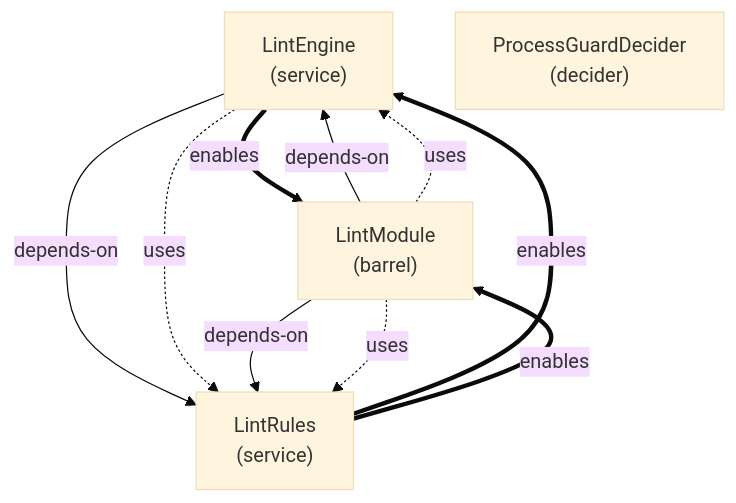
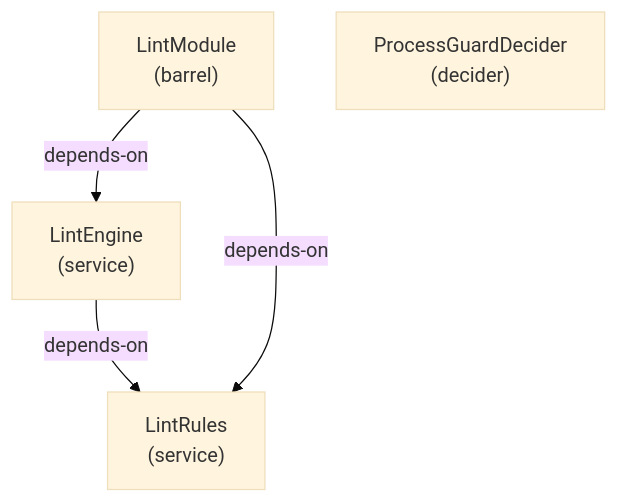
Diagram 12 of 23 in docs-live/ARCHITECTURE.md (libar-dev/architect), drawn with Mermaid (base theme) before and after one commit. The commit also changed other lines of this file and 4 other files, not shown here.

First line of the commit message:
WS-3 Session 16 (D-19): forward-only per-group architecture detail diagrams

````diff
--- a/docs-live/ARCHITECTURE.md
+++ b/docs-live/ARCHITECTURE.md
@@ -250,16 +212,10 @@
 ```mermaid
 graph TD
   lintengine["LintEngine<br/>(service)"]
   lintmodule["LintModule<br/>(barrel)"]
   lintrules["LintRules<br/>(service)"]
   processguarddecider["ProcessGuardDecider<br/>(decider)"]
-  lintengine ==>|enables| lintmodule
   lintengine -->|depends-on| lintrules
-  lintengine -.->|uses| lintrules
   lintmodule -->|depends-on| lintengine
-  lintmodule -.->|uses| lintengine
   lintmodule -->|depends-on| lintrules
-  lintmodule -.->|uses| lintrules
-  lintrules ==>|enables| lintengine
-  lintrules ==>|enables| lintmodule
 ```
````
